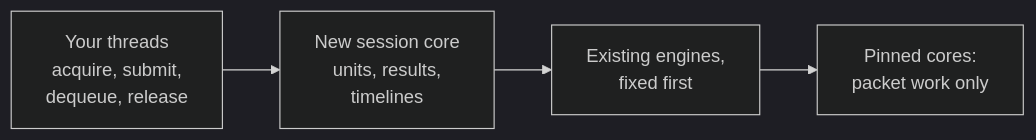
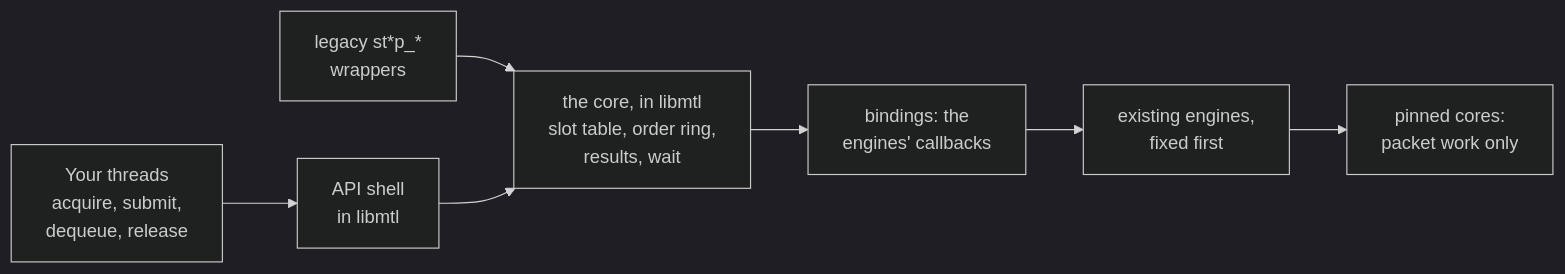
One commit to Sakoram/Media-Transport-Library changed the first of 6 diagrams in doc/unified-api/presentation/slides.md. Above: the diagram before and after it, drawn with Mermaid (dark theme). The commit also changed other lines of this file and 56 other files, not shown here.

````diff
--- a/doc/unified-api/presentation/slides.md
+++ b/doc/unified-api/presentation/slides.md
@@ -72,6 +80,9 @@
 ```mermaid
 flowchart LR
-    APP["Your threads<br/>acquire, submit,<br/>dequeue, release"] --> CORE["New session core<br/>units, results,<br/>timelines"]
-    CORE --> ENG["Existing engines,<br/>fixed first"]
-    ENG --> TK["Pinned cores:<br/>packet work only"]
+    APP["Your threads<br/>acquire, submit,<br/>dequeue, release"] --> SH["API shell<br/>in libmtl"]
+    LEG["legacy st*p_*<br/>wrappers"] --> CORE
+    SH --> CORE["the core, in libmtl<br/>slot table, order ring,<br/>results, wait"]
+    CORE --> BIND["bindings: the<br/>engines' callbacks"]
+    BIND --> ENG["existing engines,<br/>fixed first"]
+    ENG --> TK["pinned cores:<br/>packet work only"]
 ```
````
